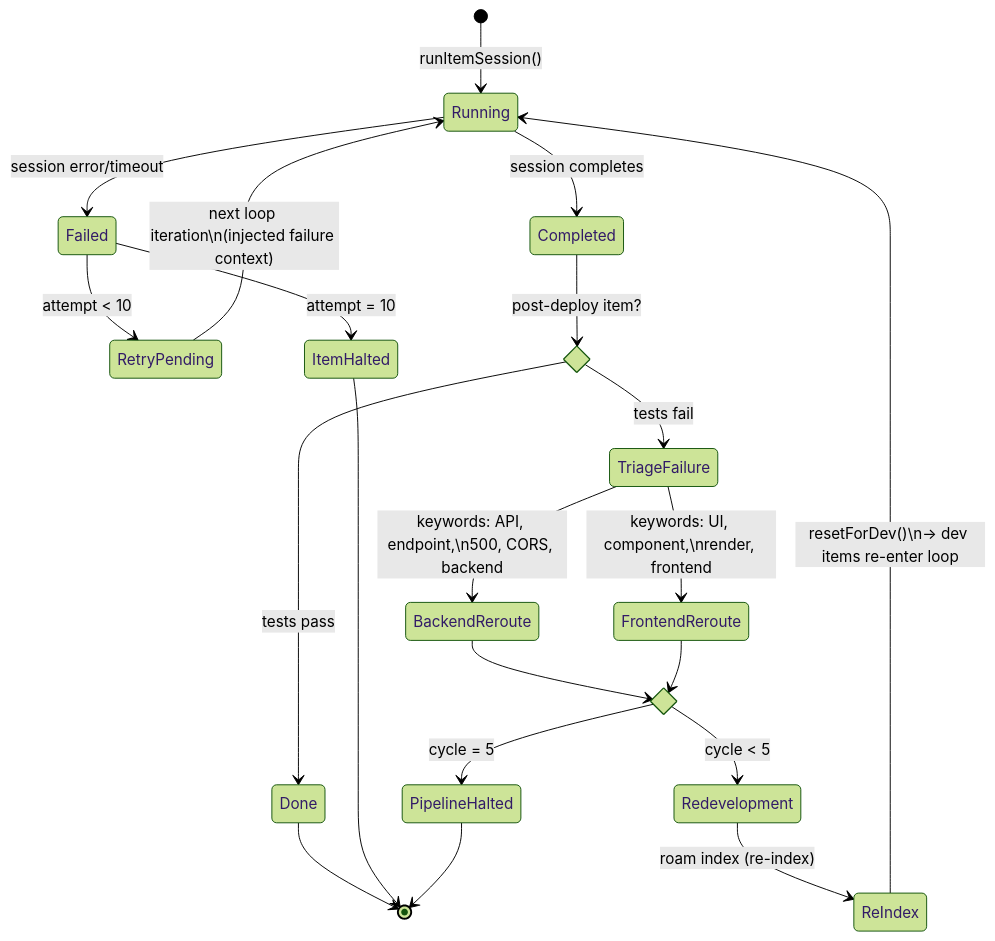
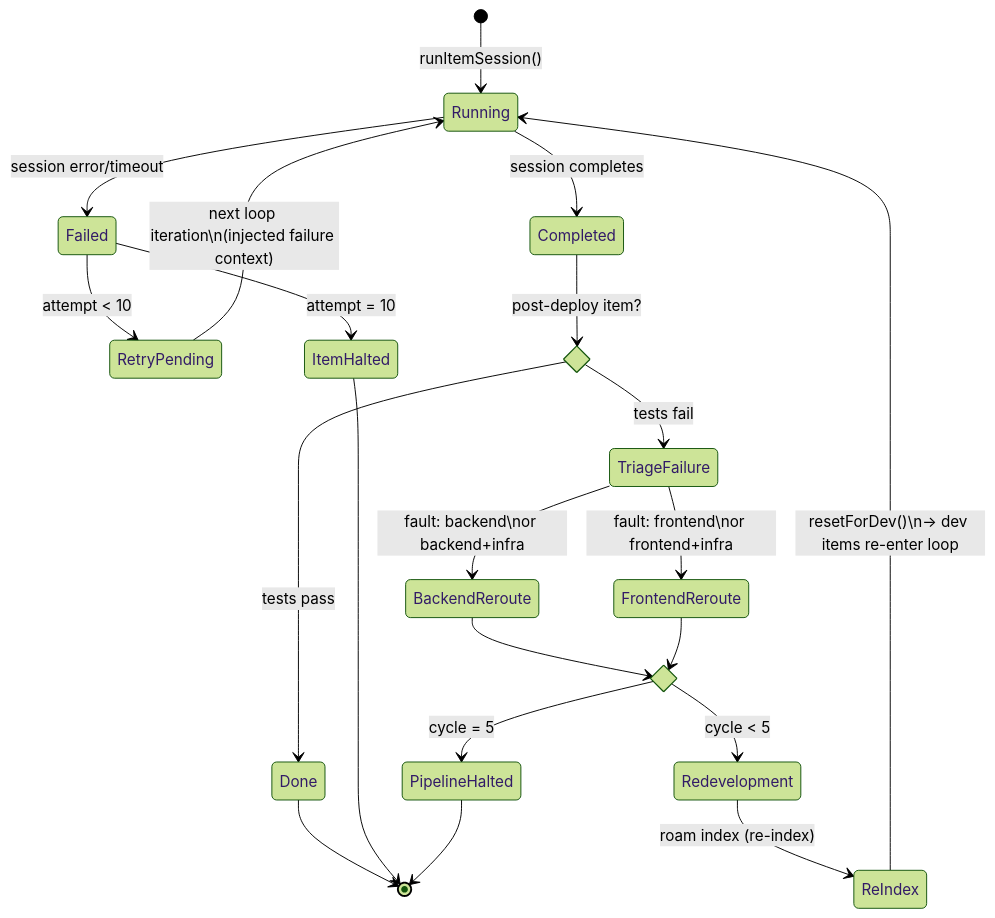
The third of 5 diagrams in tools/autonomous-factory/docs/01-watchdog.md (rkaliupin/DAGent), drawn with Mermaid (forest theme) before and after one commit. The commit also changed other lines of this file and 65 other files, not shown here.

````diff
--- a/tools/autonomous-factory/docs/01-watchdog.md
+++ b/tools/autonomous-factory/docs/01-watchdog.md
@@ -111,33 +111,33 @@
 ```mermaid
 stateDiagram-v2
     [*] --> Running: runItemSession()
 
     Running --> Completed: session completes
     Running --> Failed: session error/timeout
 
     Failed --> RetryPending: attempt < 10
     Failed --> ItemHalted: attempt = 10
 
     RetryPending --> Running: next loop iteration\n(injected failure context)
 
     state PostDeployCheck <<choice>>
     Completed --> PostDeployCheck: post-deploy item?
     PostDeployCheck --> Done: tests pass
     PostDeployCheck --> TriageFailure: tests fail
 
-    TriageFailure --> BackendReroute: keywords: API, endpoint,\n500, CORS, backend
-    TriageFailure --> FrontendReroute: keywords: UI, component,\nrender, frontend
+    TriageFailure --> BackendReroute: fault: backend\nor backend+infra
+    TriageFailure --> FrontendReroute: fault: frontend\nor frontend+infra
 
     state CycleCheck <<choice>>
     BackendReroute --> CycleCheck
     FrontendReroute --> CycleCheck
     CycleCheck --> Redevelopment: cycle < 5
     CycleCheck --> PipelineHalted: cycle = 5
 
     Redevelopment --> ReIndex: roam index (re-index)
     ReIndex --> Running: resetForDev()\n→ dev items re-enter loop
 
     Done --> [*]
     ItemHalted --> [*]
     PipelineHalted --> [*]
 ```
````
